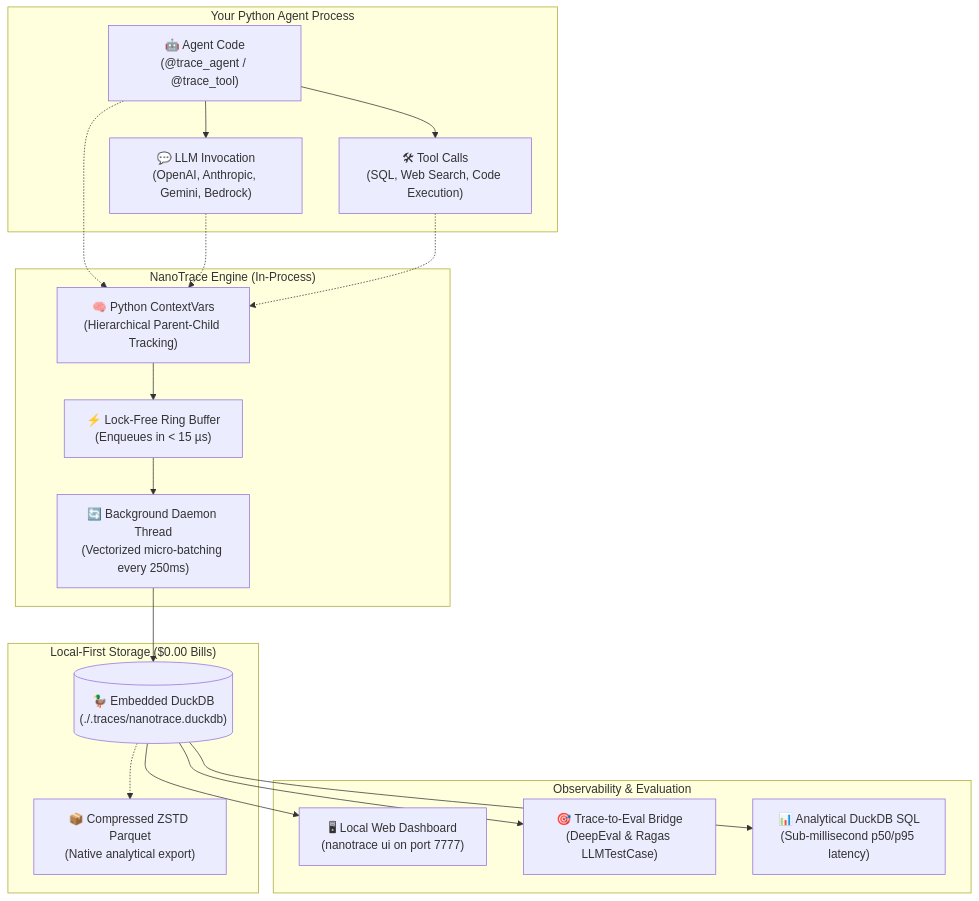
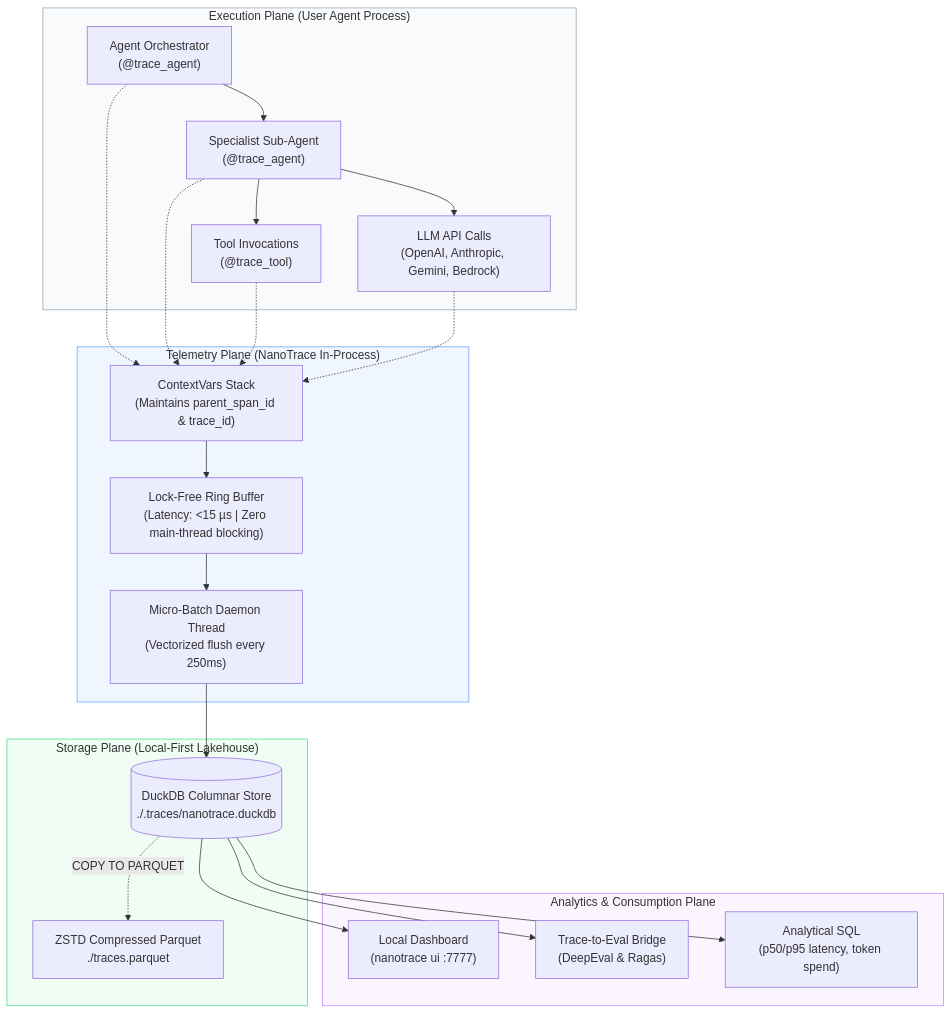
The first of 6 diagrams in docs/USER_MANUAL.md (chetan15994-alt/nanotrace), drawn with Mermaid before and after one commit. The commit also changed other lines of this file and 2 other files, not shown here.

Commit message:
docs: author comprehensive AGENTS_AND_SYSTEMS guide, redesign USER_MANUAL into visual infographic, and refine README into professional enterprise standard

````diff
--- a/docs/USER_MANUAL.md
+++ b/docs/USER_MANUAL.md
@@ -38,41 +11,49 @@
 ```mermaid
 flowchart TD
-    subgraph AgentRuntime["Your Python Agent Process"]
-        Agent["🤖 Agent Code\n(@trace_agent / @trace_tool)"]
-        LLM["💬 LLM Invocation\n(OpenAI, Anthropic, Gemini, Bedrock)"]
-        Tools["🛠 Tool Calls\n(SQL, Web Search, Code Execution)"]
+    subgraph ExecutionPlane["Execution Plane (User Agent Process)"]
+        UserAgent["Agent Orchestrator\n(@trace_agent)"]
+        SubAgent["Specialist Sub-Agent\n(@trace_agent)"]
+        Tools["Tool Invocations\n(@trace_tool)"]
+        LLMCalls["LLM API Calls\n(OpenAI, Anthropic, Gemini, Bedrock)"]
         
-        Agent --> Tools
-        Agent --> LLM
+        UserAgent --> SubAgent
+        SubAgent --> Tools
+        SubAgent --> LLMCalls
     end
 
-    subgraph NanoTraceCore["NanoTrace Engine (In-Process)"]
-        Ctx["🧠 Python ContextVars\n(Hierarchical Parent-Child Tracking)"]
-        RingBuffer["⚡️ Lock-Free Ring Buffer\n(Enqueues in < 15 µs)"]
-        Worker["🔄 Background Daemon Thread\n(Vectorized micro-batching every 250ms)"]
+    subgraph TelemetryPlane["Telemetry Plane (NanoTrace In-Process)"]
+        Context["ContextVars Stack\n(Maintains parent_span_id & trace_id)"]
+        RingBuffer["Lock-Free Ring Buffer\n(Latency: <15 µs | Zero main-thread blocking)"]
+        DaemonWorker["Micro-Batch Daemon Thread\n(Vectorized flush every 250ms)"]
         
-        Agent -.-> Ctx
-        LLM -.-> Ctx
-        Tools -.-> Ctx
-        Ctx --> RingBuffer
-        RingBuffer --> Worker
+        UserAgent -.-> Context
+        SubAgent -.-> Context
+        Tools -.-> Context
+        LLMCalls -.-> Context
+        Context --> RingBuffer
+        RingBuffer --> DaemonWorker
     end
 
-    subgraph StorageLayer["Local-First Storage ($0.00 Bills)"]
-        DuckDB[("🦆 Embedded DuckDB\n(./.traces/nanotrace.duckdb)")]
-        Parquet["📦 Compressed ZSTD Parquet\n(Native analytical export)"]
+    subgraph StoragePlane["Storage Plane (Local-First Lakehouse)"]
+        DuckDBFile[("DuckDB Columnar Store\n./.traces/nanotrace.duckdb")]
+        ParquetFile["ZSTD Compressed Parquet\n./traces.parquet"]
         
-        Worker --> DuckDB
-        DuckDB -.-> Parquet
+        DaemonWorker --> DuckDBFile
+        DuckDBFile -.->|COPY TO PARQUET| ParquetFile
     end
 
-    subgraph ConsumptionLayer["Observability & Evaluation"]
-        UI["🖥 Local Web Dashboard\n(nanotrace ui on port 7777)"]
-        Evals["🎯 Trace-to-Eval Bridge\n(DeepEval & Ragas LLMTestCase)"]
-        SQL["📊 Analytical DuckDB SQL\n(Sub-millisecond p50/p95 latency)"]
+    subgraph AnalyticsPlane["Analytics & Consumption Plane"]
+        WebUI["Local Dashboard\n(nanotrace ui :7777)"]
+        EvalBridge["Trace-to-Eval Bridge\n(DeepEval & Ragas)"]
+        DirectSQL["Analytical SQL\n(p50/p95 latency, token spend)"]
         
-        DuckDB --> UI
-        DuckDB --> Evals
-        DuckDB --> SQL
+        DuckDBFile --> WebUI
+        DuckDBFile --> EvalBridge
+        DuckDBFile --> DirectSQL
     end
+
+    style ExecutionPlane fill:#f8fafc,stroke:#94a3b8,stroke-width:1px
+    style TelemetryPlane fill:#eff6ff,stroke:#60a5fa,stroke-width:1px
+    style StoragePlane fill:#f0fdf4,stroke:#4ade80,stroke-width:1px
+    style AnalyticsPlane fill:#faf5ff,stroke:#c084fc,stroke-width:1px
 ```
````
